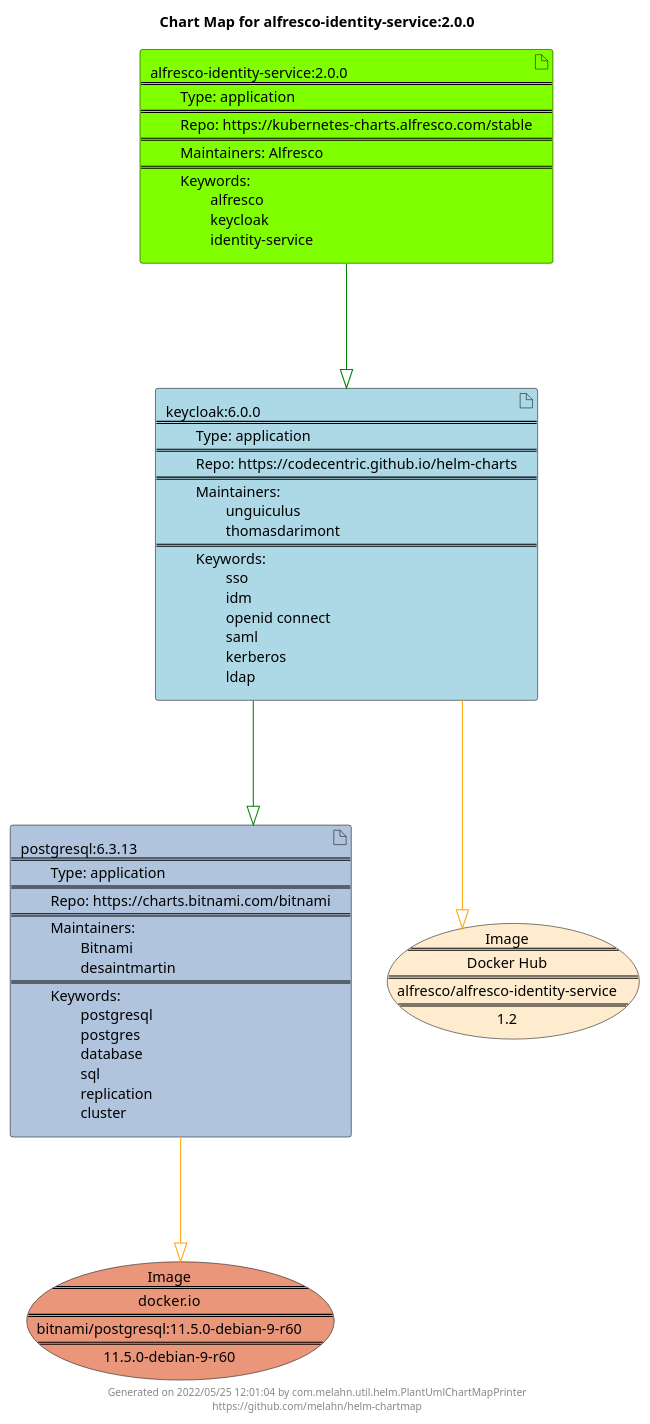
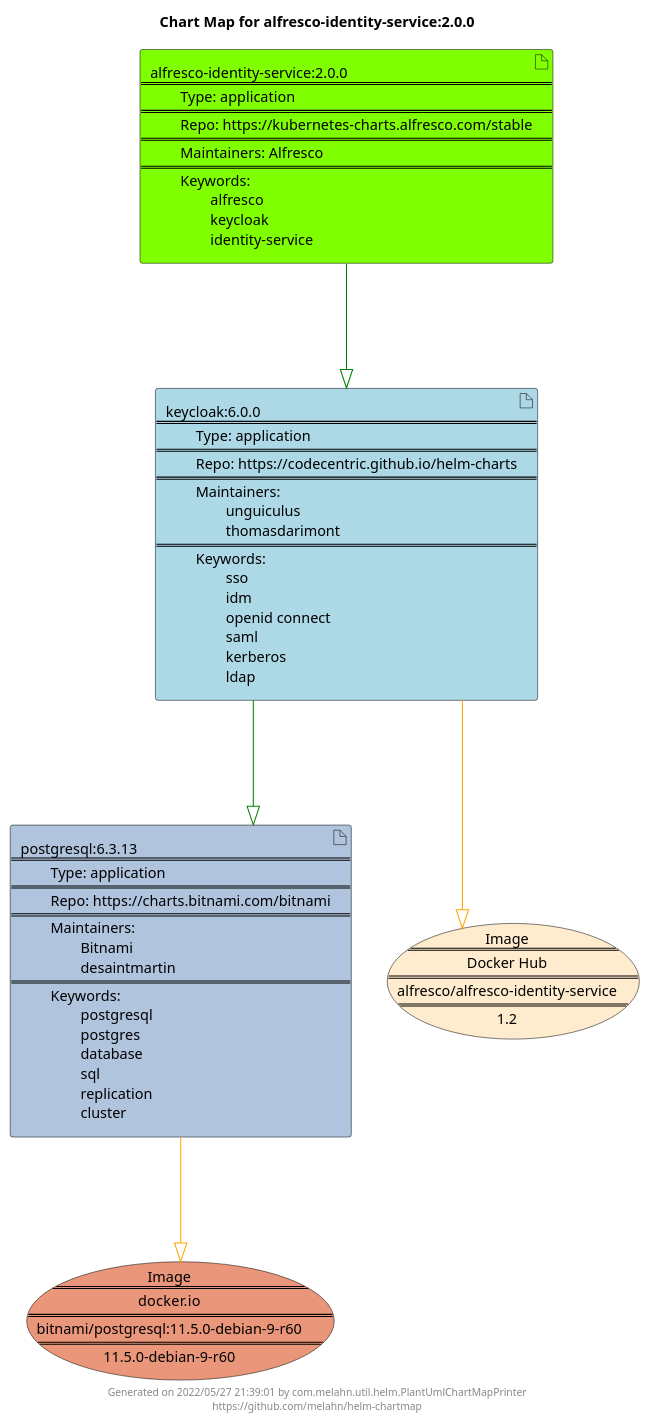
One commit to melahn/helm-chartmap changed the diagram in docs/alfresco-identity-service/alfresco-identity-service-2.0.0.puml. Above: the diagram before and after it, drawn with PlantUML. The commit also changed 63 other files, not shown here.

Commit message:
Update Example Chart Maps as part of GitHub build

```diff
--- a/docs/alfresco-identity-service/alfresco-identity-service-2.0.0.puml
+++ b/docs/alfresco-identity-service/alfresco-identity-service-2.0.0.puml
@@ -1,27 +1,27 @@
 @startuml
 skinparam linetype ortho
 skinparam backgroundColor white
 skinparam usecaseBorderColor black
 skinparam usecaseArrowColor LightSlateGray
 skinparam artifactBorderColor black
 skinparam artifactArrowColor LightSlateGray
 
 title Chart Map for alfresco-identity-service:2.0.0
 
 'There are 3 referenced Helm Charts
 artifact "postgresql:6.3.13\n====\n\tType: application\n====\n\tRepo: https://charts.bitnami.com/bitnami\n====\n\tMaintainers: \n\t\tBitnami\n\t\tdesaintmartin\n====\n\tKeywords: \n\t\tpostgresql\n\t\tpostgres\n\t\tdatabase\n\t\tsql\n\t\treplication\n\t\tcluster" as postgresql_6_3_13 #LightSteelBlue
 artifact "keycloak:6.0.0\n====\n\tType: application\n====\n\tRepo: https://codecentric.github.io/helm-charts\n====\n\tMaintainers: \n\t\tunguiculus\n\t\tthomasdarimont\n====\n\tKeywords: \n\t\tsso\n\t\tidm\n\t\topenid connect\n\t\tsaml\n\t\tkerberos\n\t\tldap" as keycloak_6_0_0 #LightBlue
 artifact "alfresco-identity-service:2.0.0\n====\n\tType: application\n====\n\tRepo: https://kubernetes-charts.alfresco.com/stable\n====\n\tMaintainers: Alfresco\n====\n\tKeywords: \n\t\talfresco\n\t\tkeycloak\n\t\tidentity-service" as alfresco_identity_service_2_0_0 #Chartreuse
 
 'There are 2 referenced Docker Images
 usecase "Image\n====\ndocker.io\n====\nbitnami/postgresql:11.5.0-debian-9-r60\n====\n11.5.0-debian-9-r60" as docker_io_bitnami_postgresql_11_5_0_debian_9_r60 #DarkSalmon
 usecase "Image\n====\nDocker Hub\n====\nalfresco/alfresco-identity-service\n====\n1.2" as alfresco_alfresco_identity_service_1_2 #BlanchedAlmond
 
 'Chart Dependencies
 alfresco_identity_service_2_0_0--[#green]-|>keycloak_6_0_0
 keycloak_6_0_0--[#green]-|>postgresql_6_3_13
 postgresql_6_3_13--[#orange]-|>docker_io_bitnami_postgresql_11_5_0_debian_9_r60
 keycloak_6_0_0--[#orange]-|>alfresco_alfresco_identity_service_1_2
 
-center footer Generated on 2022/05/25 12:01:04 by com.melahn.util.helm.PlantUmlChartMapPrinter\nhttps://github.com/melahn/helm-chartmap
+center footer Generated on 2022/05/27 21:39:01 by com.melahn.util.helm.PlantUmlChartMapPrinter\nhttps://github.com/melahn/helm-chartmap
 @enduml
```
